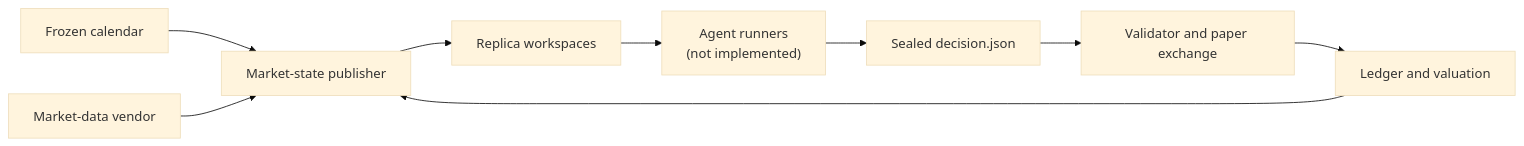
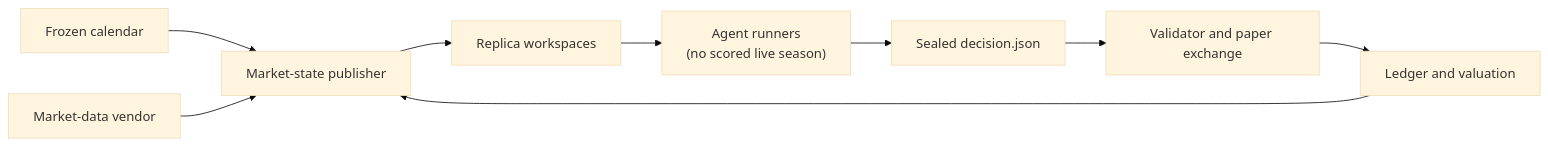
Before and after one commit to bayareahomelander/Agent-Trading-Arena: the first of 2 diagrams in README.md, drawn with Mermaid (base theme). The commit also changed other lines of this file and 1 other file, not shown here.

````diff
--- a/README.md
+++ b/README.md
@@ -46,11 +47,11 @@
 ```mermaid
 flowchart LR
     C["Frozen calendar"] --> P["Market-state publisher"]
     M["Market-data vendor"] --> P
     P --> W["Replica workspaces"]
-    W --> R["Agent runners<br/>(not implemented)"]
+    W --> R["Agent runners<br/>(no scored live season)"]
     R --> D["Sealed decision.json"]
     D --> E["Validator and paper exchange"]
     E --> L["Ledger and valuation"]
     L --> P
 ```
````
